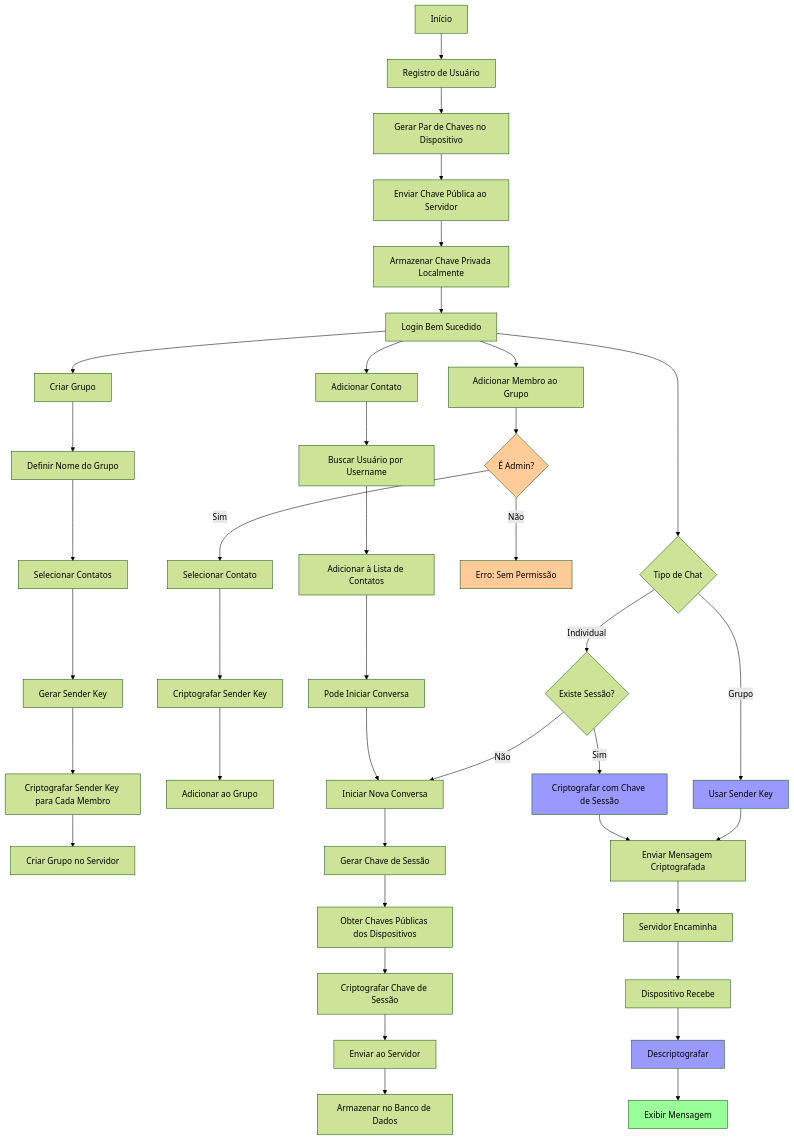
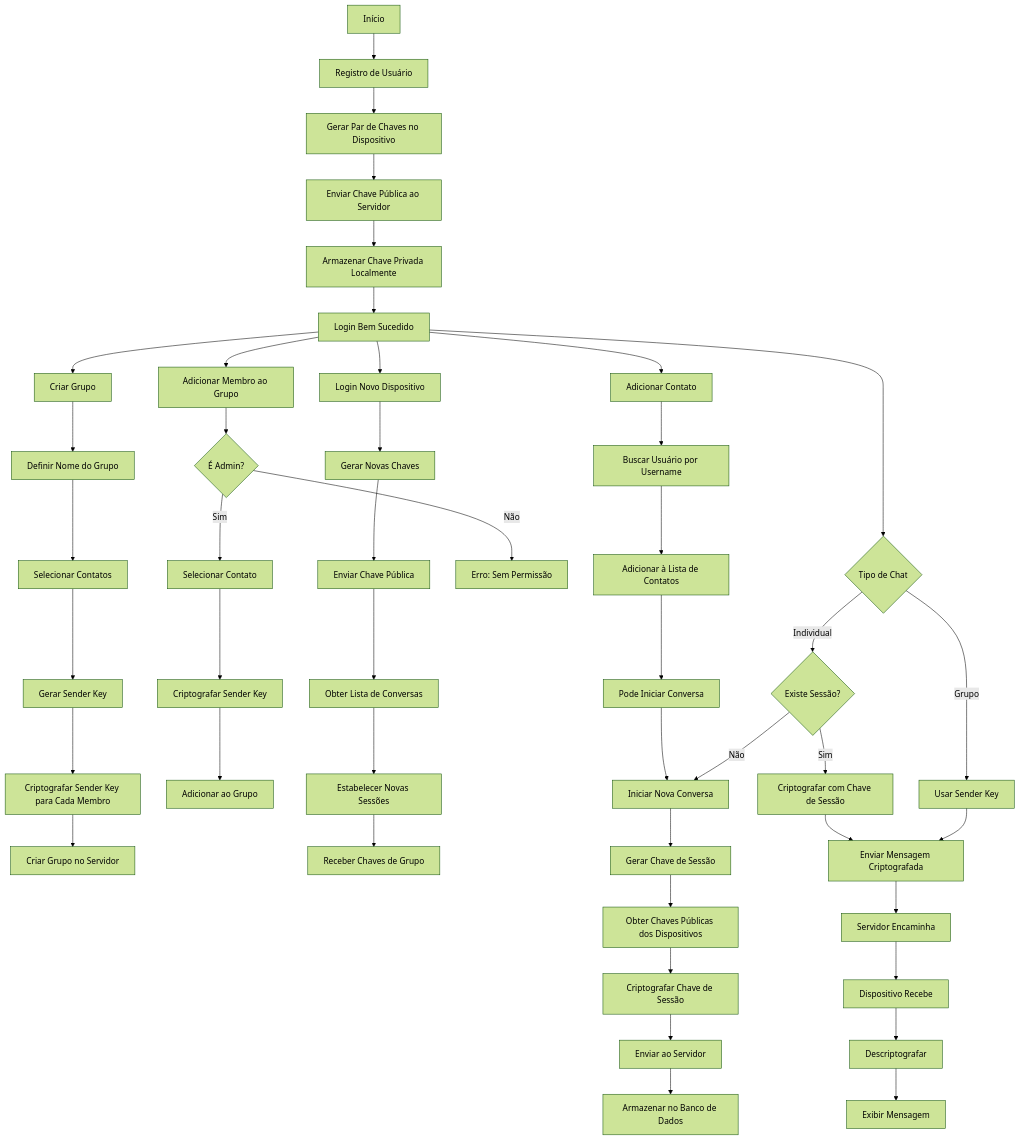
Before and after one commit to Gugarauj07/ChatE2EE-ElgamalCrypto: the second of 2 diagrams in README.md, drawn with Mermaid (forest theme).

````diff
--- a/README.md
+++ b/README.md
@@ -87,62 +87,62 @@
 ```mermaid
 graph TD
     %% Registro e Login Inicial
     A[Início] --> B[Registro de Usuário]
     B --> C[Gerar Par de Chaves no Dispositivo]
     C --> D[Enviar Chave Pública ao Servidor]
     D --> E[Armazenar Chave Privada Localmente]
     E --> F[Login Bem Sucedido]
 
     %% Gestão de Contatos
     F --> G1[Adicionar Contato]
     G1 --> H1[Buscar Usuário por Username]
     H1 --> I1[Adicionar à Lista de Contatos]
     I1 --> J1[Pode Iniciar Conversa]
 
     %% Criação de Grupo
     F --> G2[Criar Grupo]
     G2 --> H2[Definir Nome do Grupo]
     H2 --> I2[Selecionar Contatos]
     I2 --> J2[Gerar Sender Key]
     J2 --> K2[Criptografar Sender Key para Cada Membro]
     K2 --> L2[Criar Grupo no Servidor]
 
     %% Adicionar Membro ao Grupo
     F --> G3[Adicionar Membro ao Grupo]
     G3 --> H3{É Admin?}
     H3 -->|Sim| I3[Selecionar Contato]
     I3 --> J3[Criptografar Sender Key]
     J3 --> K3[Adicionar ao Grupo]
     H3 -->|Não| L3[Erro: Sem Permissão]
 
+    %% Novo Dispositivo
+    F --> G4[Login Novo Dispositivo]
+    G4 --> H4[Gerar Novas Chaves]
+    H4 --> I4[Enviar Chave Pública]
+    I4 --> J4[Obter Lista de Conversas]
+    J4 --> K4[Estabelecer Novas Sessões]
+    K4 --> L4[Receber Chaves de Grupo]
+
     %% Estabelecimento de Sessão
     J1 --> M[Iniciar Nova Conversa]
     M --> N[Gerar Chave de Sessão]
     N --> O[Obter Chaves Públicas dos Dispositivos]
     O --> P[Criptografar Chave de Sessão]
     P --> Q[Enviar ao Servidor]
     Q --> R[Armazenar no Banco de Dados]
 
     %% Fluxo de Mensagens
     F --> S{Tipo de Chat}
     S -->|Individual| T{Existe Sessão?}
     T -->|Não| M
     T -->|Sim| U[Criptografar com Chave de Sessão]
     S -->|Grupo| V[Usar Sender Key]
     U --> W[Enviar Mensagem Criptografada]
     V --> W
 
     %% Recebimento
     W --> X[Servidor Encaminha]
     X --> Y[Dispositivo Recebe]
     Y --> Z[Descriptografar]
     Z --> AA[Exibir Mensagem]
-
-    %% Estilização
-    classDef success fill:#99ff99
-    classDef process fill:#9999ff
-    classDef warning fill:#ffcc99
-    class AA success
-    class U,V,Z process
-    class H3,L3 warning
 ```
````
